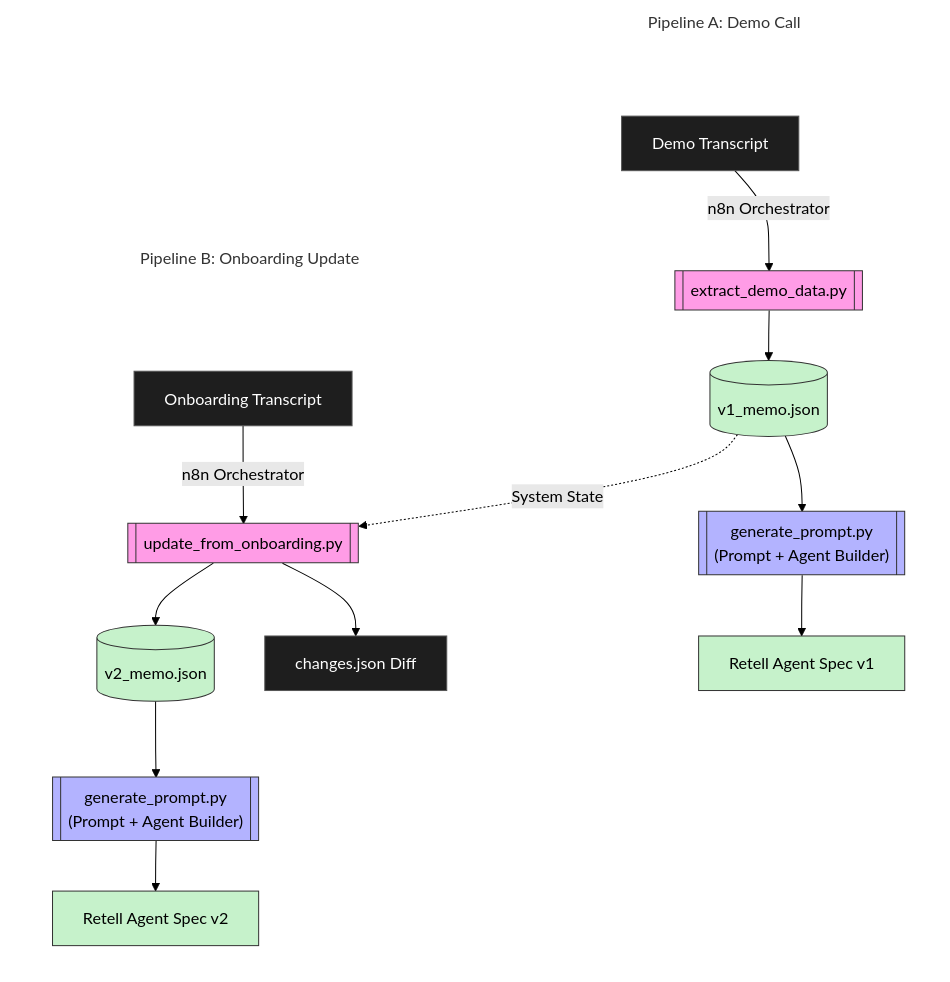
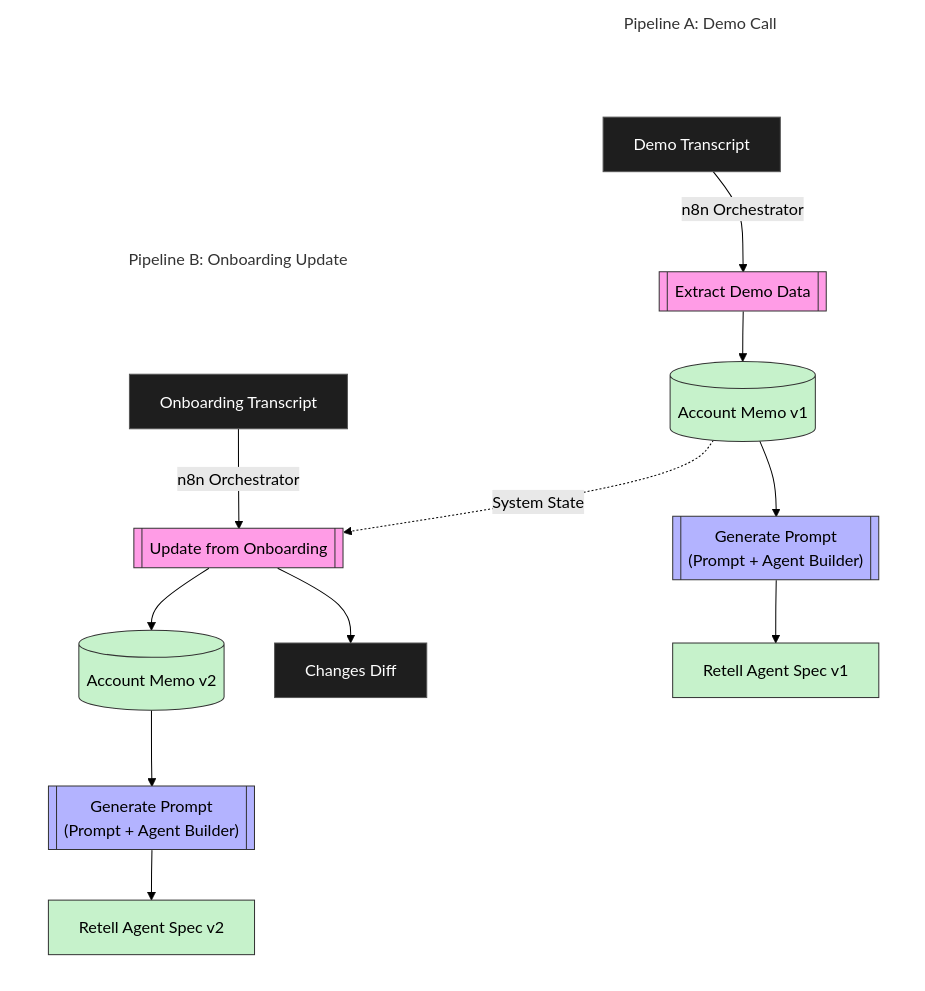
One commit to Soumik-R/clara-agent-pipeline changed the first of 2 diagrams in README.md. Above: the diagram before and after it, drawn with Mermaid (forest theme). The commit also changed other lines of this file, not shown here.

````diff
--- a/README.md
+++ b/README.md
@@ -37,40 +43,40 @@
 ```mermaid
 graph TD
     %% Custom Styles
     classDef darkNode fill:#1E1E1E,stroke:#555,stroke-width:1px,color:#fff;
     classDef scriptPink fill:#ff9ce6,stroke:#333,stroke-width:1px,color:#000;
     classDef scriptBlue fill:#b3b3ff,stroke:#333,stroke-width:1px,color:#000;
     classDef dataGreen fill:#c6f2cb,stroke:#333,stroke-width:1px,color:#000;
     classDef invis fill:transparent,stroke:transparent,color:transparent;
 
     %% Demo Phase Subgraph
     subgraph DemoPhase ["Pipeline A: Demo Call"]
         Spacer1[ ]:::invis ~~~ A[Demo Transcript]:::darkNode
-        A -->|n8n Orchestrator| B[[extract_demo_data.py]]:::scriptPink
-        B --> C[(v1_memo.json)]:::dataGreen
-        C --> D[["generate_prompt.py\n(Prompt + Agent Builder)"]]:::scriptBlue
+        A -->|n8n Orchestrator| B[[Extract Demo Data]]:::scriptPink
+        B --> C[(Account Memo v1)]:::dataGreen
+        C --> D[["Generate Prompt\n(Prompt + Agent Builder)"]]:::scriptBlue
         D --> E[Retell Agent Spec v1]:::dataGreen
     end
 
     %% Onboarding Phase Subgraph
     subgraph OnboardingPhase ["Pipeline B: Onboarding Update"]
         Spacer2[ ]:::invis ~~~ F[Onboarding Transcript]:::darkNode
-        F -->|n8n Orchestrator| G[[update_from_onboarding.py]]:::scriptPink
-        G --> H[(v2_memo.json)]:::dataGreen
-        G --> I[changes.json Diff]:::darkNode
-        H --> J[["generate_prompt.py\n(Prompt + Agent Builder)"]]:::scriptBlue
+        F -->|n8n Orchestrator| G[[Update from Onboarding]]:::scriptPink
+        G --> H[(Account Memo v2)]:::dataGreen
+        G --> I[Changes Diff]:::darkNode
+        H --> J[["Generate Prompt\n(Prompt + Agent Builder)"]]:::scriptBlue
         J --> K[Retell Agent Spec v2]:::dataGreen
     end
     
     %% Force side-by-side layout naturally
     DemoPhase ~~~ OnboardingPhase
     Spacer1 ~~~ Spacer2
     A ~~~ F
     
     %% Cross-pipeline state connection
     C -. "System State" .-> G
     
     %% Make Subgraph Backgrounds Transparent
     style DemoPhase fill:transparent,stroke:transparent;
     style OnboardingPhase fill:transparent,stroke:transparent;
 ```
````
